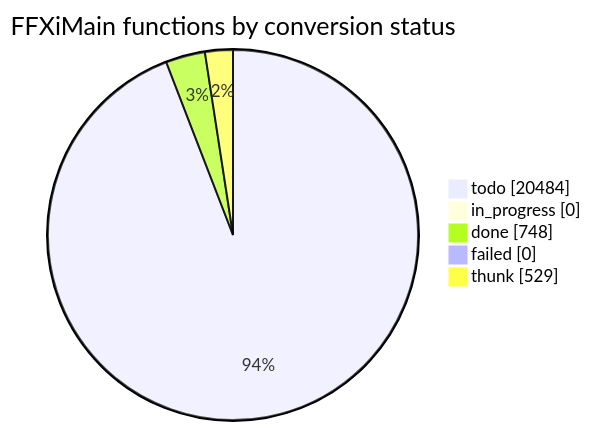
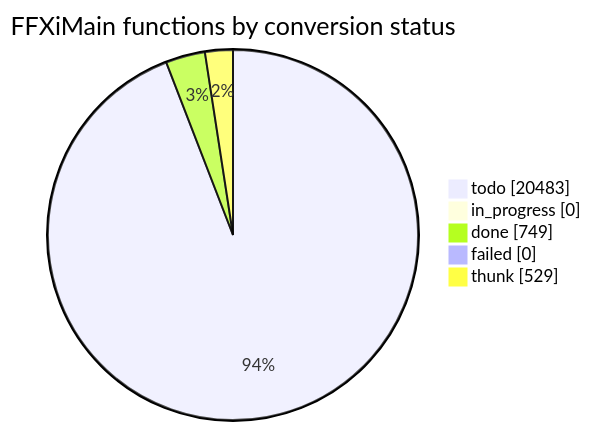
One commit to cowrevenge/cow_kuluu_xi_anything changed the diagram in docs/cow/STATUS.md. Above: the diagram before and after it, drawn with Mermaid. The commit also changed other lines of this file and 9 other files, not shown here.

````diff
--- a/docs/cow/STATUS.md
+++ b/docs/cow/STATUS.md
@@ -18,9 +18,9 @@
 ```mermaid
 pie showData
     title FFXiMain functions by conversion status
-    "todo" : 20484
+    "todo" : 20483
     "in_progress" : 0
-    "done" : 748
+    "done" : 749
     "failed" : 0
     "thunk" : 529
 ```
````
